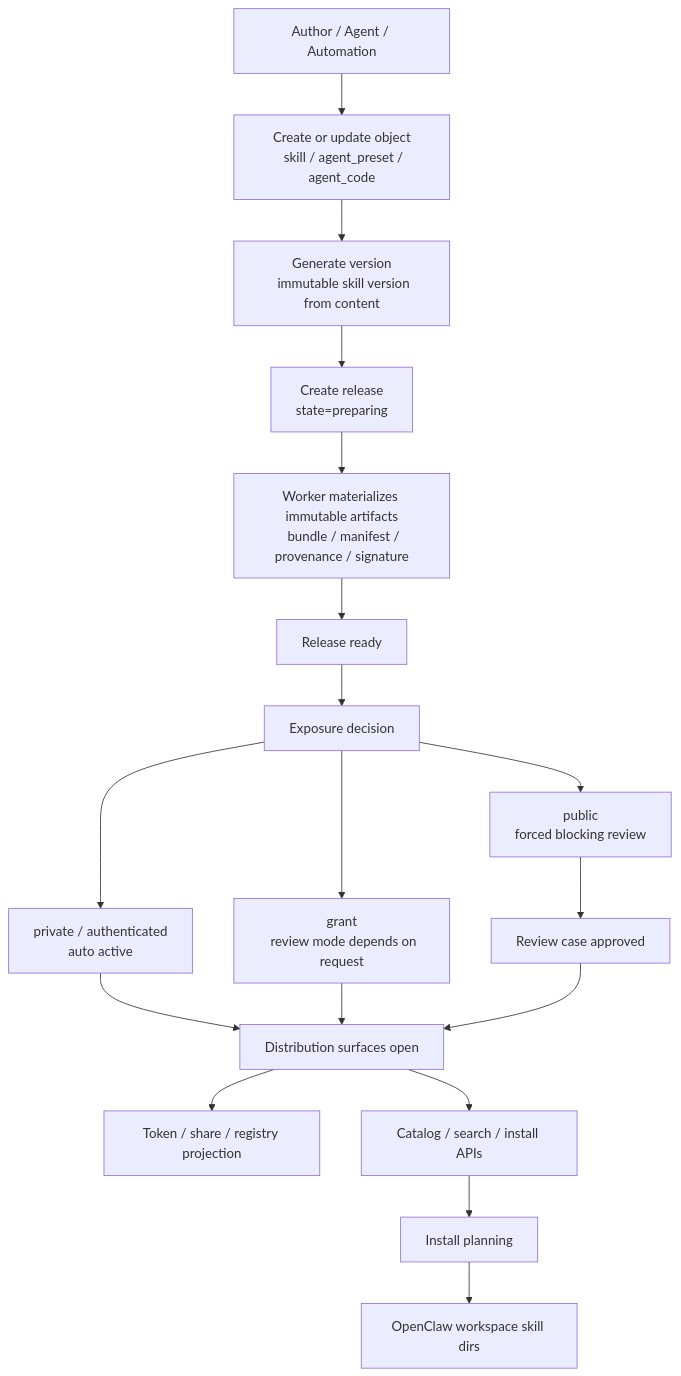
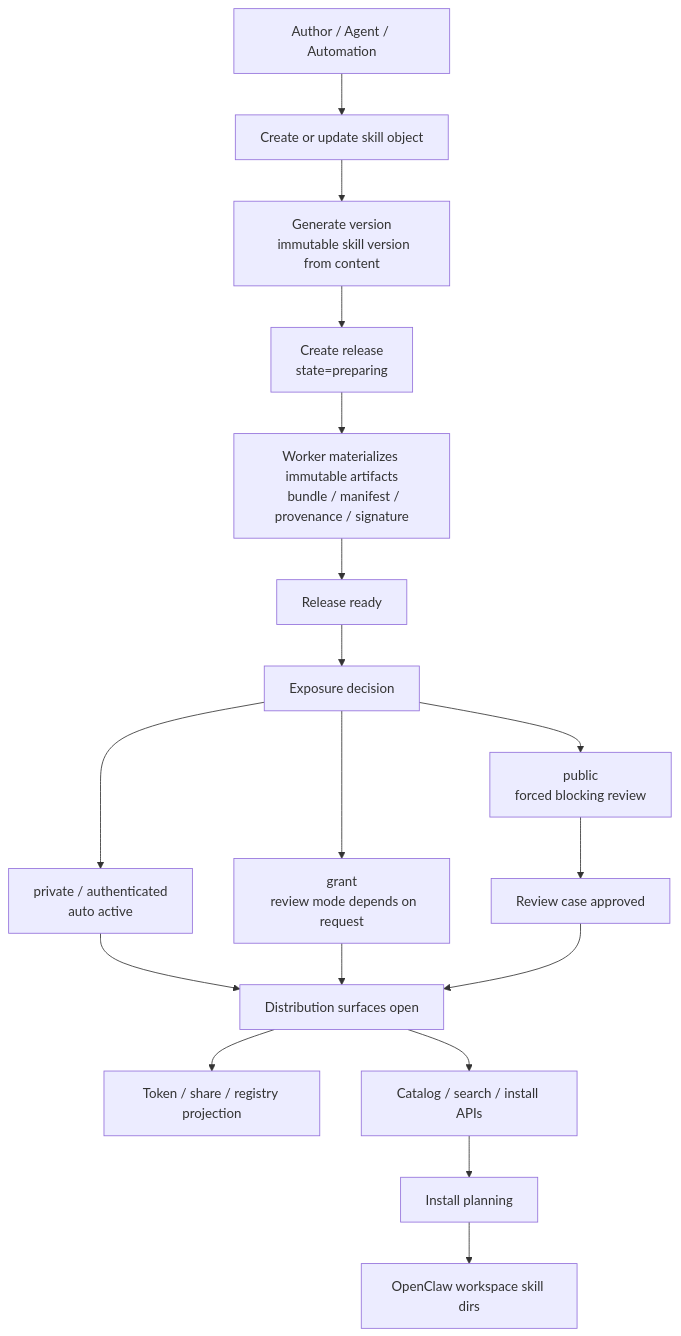
The first of 4 diagrams in docs/guide/control-plane-business-flows.md (EudOnline/infinitas-skill), drawn with Mermaid before and after one commit. The commit also changed other lines of this file and 52 other files, not shown here.

````diff
--- a/docs/guide/control-plane-business-flows.md
+++ b/docs/guide/control-plane-business-flows.md
@@ -38,30 +37,29 @@
 ```mermaid
 flowchart TD
-  A["Author / Agent / Automation"] --> B["Create or update object
-  skill / agent_preset / agent_code"]
+  A["Author / Agent / Automation"] --> B["Create or update skill object"]
   B --> C["Generate version
   immutable skill version from content"]
   C --> D["Create release
   state=preparing"]
   D --> E["Worker materializes immutable artifacts
   bundle / manifest / provenance / signature"]
   E --> F["Release ready"]
 
   F --> G["Exposure decision"]
   G --> G1["private / authenticated
   auto active"]
   G --> G2["grant
   review mode depends on request"]
   G --> G3["public
   forced blocking review"]
 
   G1 --> H["Distribution surfaces open"]
   G2 --> H
   G3 --> I["Review case approved"]
   I --> H
 
   H --> J["Token / share / registry projection"]
   H --> K["Catalog / search / install APIs"]
   K --> L["Install planning"]
   L --> M["OpenClaw workspace skill dirs"]
 ```
````
